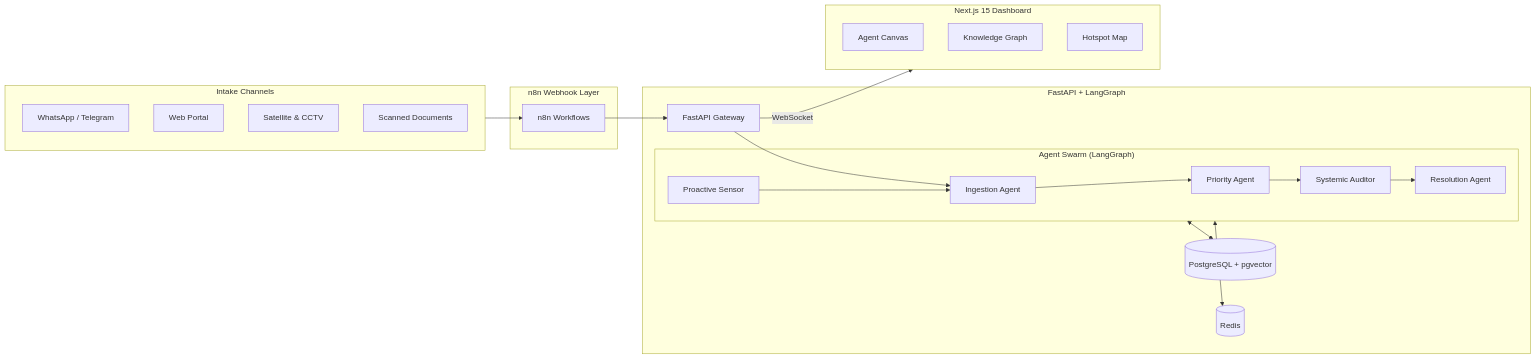
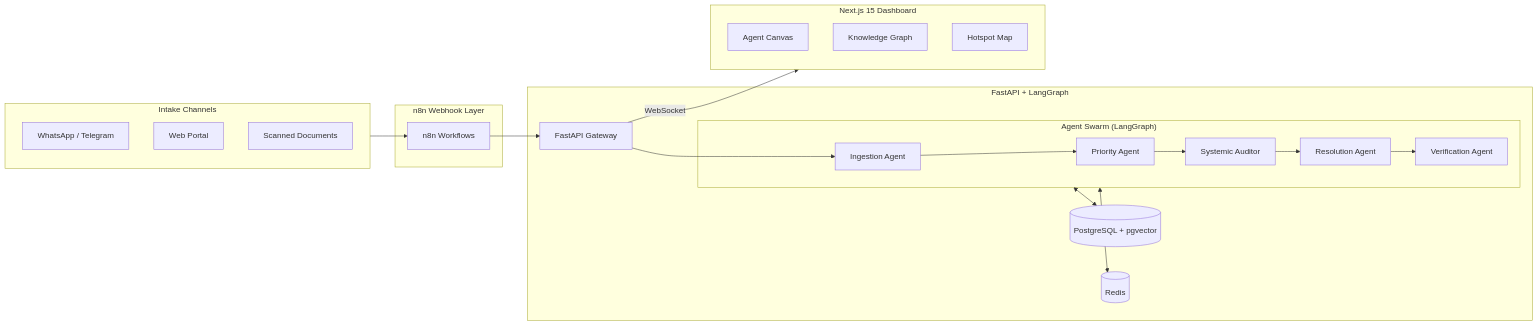
The diagram in README.md (emmanuelmj/civix), drawn with Mermaid before and after one commit. The commit also changed other lines of this file and 9 other files, not shown here.

First line of the commit message:
docs: remove unrealistic features (satellite, CCTV, proactive sensing, deepfake guard)

````diff
--- a/README.md
+++ b/README.md
@@ -58,39 +58,38 @@
 ```mermaid
 flowchart LR
     subgraph Sources["Intake Channels"]
         WA[WhatsApp / Telegram]
         WEB[Web Portal]
-        SAT[Satellite & CCTV]
         DOC[Scanned Documents]
     end
 
     subgraph Ingestion["n8n Webhook Layer"]
         N8N[n8n Workflows]
     end
 
     subgraph Backend["FastAPI + LangGraph"]
         API[FastAPI Gateway]
         subgraph Swarm["Agent Swarm (LangGraph)"]
             ING[Ingestion Agent]
             PRI[Priority Agent]
             AUD[Systemic Auditor]
             RES[Resolution Agent]
-            PRO[Proactive Sensor]
+            VER[Verification Agent]
         end
         PG[(PostgreSQL + pgvector)]
         REDIS[(Redis)]
     end
 
     subgraph Frontend["Next.js 15 Dashboard"]
         CANVAS[Agent Canvas]
         GRAPH[Knowledge Graph]
         MAP[Hotspot Map]
     end
 
     Sources --> N8N --> API --> ING
     ING --> PRI --> AUD --> RES
-    PRO --> ING
+    RES --> VER
     Swarm <--> PG
     Swarm <--> REDIS
     API -- WebSocket --> Frontend
 ```
````
